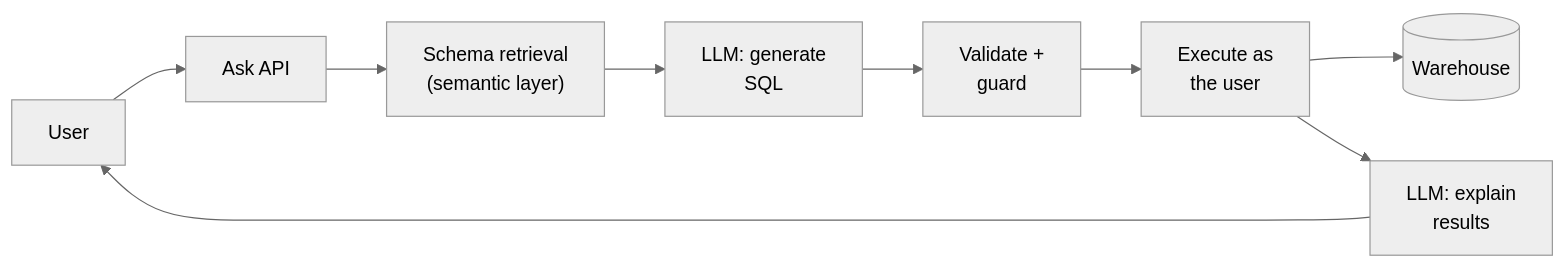
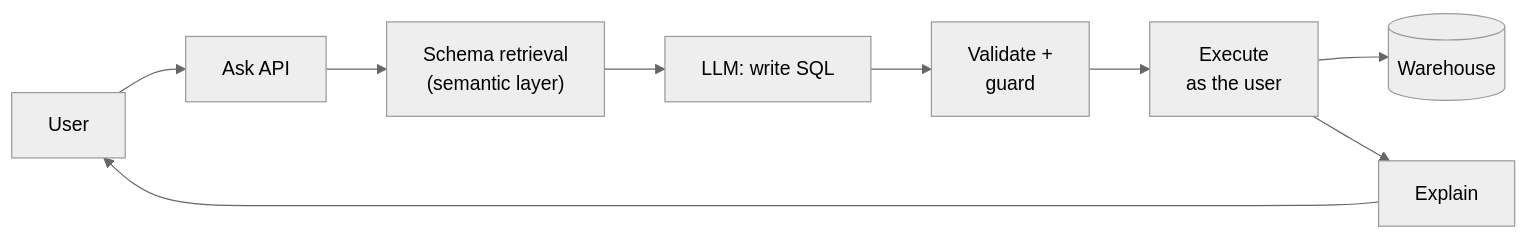
Before and after one commit to shubamchaudhary/CodeNITW: the diagram in src/Data/aiStackDocs/DP-07.md, drawn with Mermaid (neutral theme). The commit also changed other lines of this file and 15 other files, not shown here.

````diff
--- a/src/Data/aiStackDocs/DP-07.md
+++ b/src/Data/aiStackDocs/DP-07.md
@@ -65,11 +58,11 @@
 ```mermaid
 flowchart LR
     U["User"] --> API["Ask API"]
     API --> CTX["Schema retrieval<br/>(semantic layer)"]
-    CTX --> GEN["LLM: generate<br/>SQL"]
+    CTX --> GEN["LLM: write SQL"]
     GEN --> VAL["Validate +<br/>guard"]
-    VAL --> EX["Execute as<br/>the user"]
+    VAL --> EX["Execute<br/>as the user"]
     EX --> DW[("Warehouse")]
-    EX --> EXP["LLM: explain<br/>results"]
+    EX --> EXP["Explain"]
     EXP --> U
 ```
````
